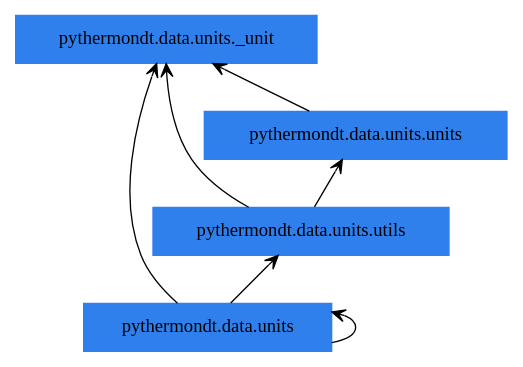
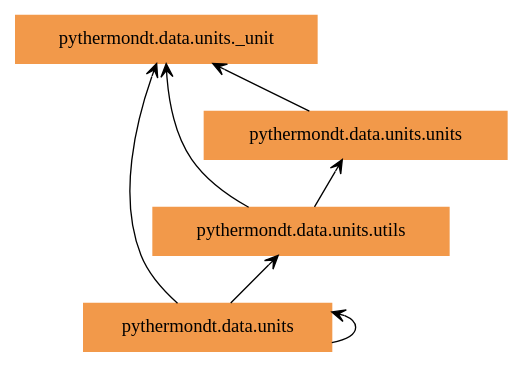
One commit to voidsy-gmbh/pyThermoNDT changed the diagram in docs/pyreverse/packages_pythermondt.data.units.gv. Above: the diagram before and after it, drawn with Graphviz. The commit also changed 25 other files, not shown here.

Commit message:
Update pyreverse diagrams

```diff
--- a/docs/pyreverse/packages_pythermondt.data.units.gv
+++ b/docs/pyreverse/packages_pythermondt.data.units.gv
@@ -1,14 +1,14 @@
 digraph "packages_pythermondt.data.units" {
 rankdir=BT
 charset="utf-8"
-"pythermondt.data.units" [color="#2F80ED", label=<pythermondt.data.units>, shape="box", style="filled"];
-"pythermondt.data.units._unit" [color="#2F80ED", label=<pythermondt.data.units._unit>, shape="box", style="filled"];
-"pythermondt.data.units.units" [color="#2F80ED", label=<pythermondt.data.units.units>, shape="box", style="filled"];
-"pythermondt.data.units.utils" [color="#2F80ED", label=<pythermondt.data.units.utils>, shape="box", style="filled"];
+"pythermondt.data.units" [color="#F2994A", label=<pythermondt.data.units>, shape="box", style="filled"];
+"pythermondt.data.units._unit" [color="#F2994A", label=<pythermondt.data.units._unit>, shape="box", style="filled"];
+"pythermondt.data.units.units" [color="#F2994A", label=<pythermondt.data.units.units>, shape="box", style="filled"];
+"pythermondt.data.units.utils" [color="#F2994A", label=<pythermondt.data.units.utils>, shape="box", style="filled"];
 "pythermondt.data.units" -> "pythermondt.data.units" [arrowhead="open", arrowtail="none"];
 "pythermondt.data.units" -> "pythermondt.data.units._unit" [arrowhead="open", arrowtail="none"];
 "pythermondt.data.units" -> "pythermondt.data.units.utils" [arrowhead="open", arrowtail="none"];
 "pythermondt.data.units.units" -> "pythermondt.data.units._unit" [arrowhead="open", arrowtail="none"];
 "pythermondt.data.units.utils" -> "pythermondt.data.units._unit" [arrowhead="open", arrowtail="none"];
 "pythermondt.data.units.utils" -> "pythermondt.data.units.units" [arrowhead="open", arrowtail="none"];
 }
```
